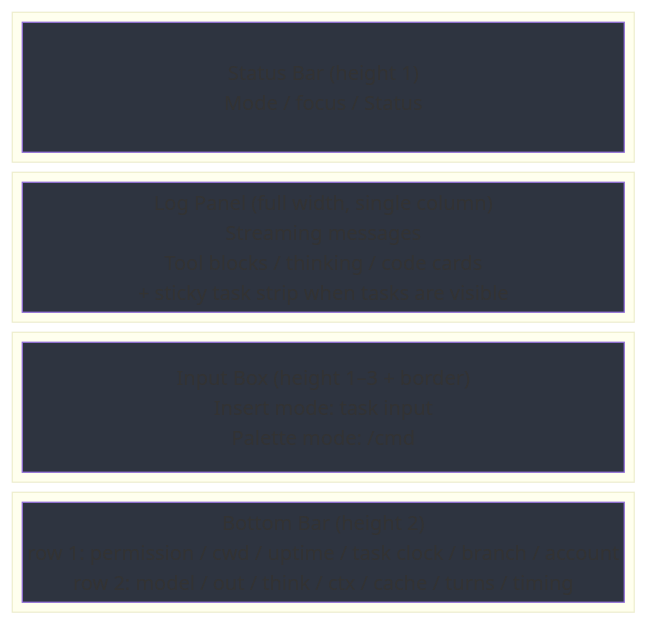
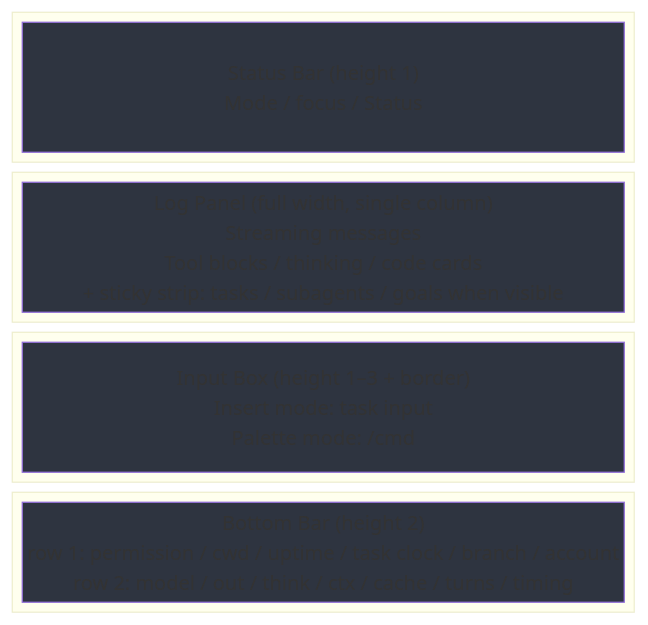
Before and after one commit to rust-infra/tact: the sixth of 10 diagrams in ARCHITECTURE.md, drawn with Mermaid. The commit also changed other lines of this file and 241 other files, not shown here.

````diff
--- a/ARCHITECTURE.md
+++ b/ARCHITECTURE.md
@@ -391,27 +392,27 @@
 ```mermaid
 block-beta
     columns 1
     space
     block:status
         columns 1
         status_bar["Status Bar (height 1)<br/>Mode / focus / Status"]
     end
     block:main
         columns 1
-        log["Log Panel (full width, single column)<br/>Streaming messages<br/>Tool blocks / thinking / code cards<br/>+ sticky task strip when tasks are visible"]
+        log["Log Panel (full width, single column)<br/>Streaming messages<br/>Tool blocks / thinking / code cards<br/>+ sticky strip: tasks / subagents / goals when visible"]
     end
     block:input
         columns 1
         input_box["Input Box (height 1–3 + border)<br/>Insert mode: task input<br/>Palette mode: /cmd"]
     end
     block:bottom
         columns 1
         bottom_bar["Bottom Bar (height 2)<br/>row 1: permission / cwd / uptime / task clock / branch / account<br/>row 2: model / out / think / ctx / cache / turns / timing"]
     end
     space
 
     style status_bar fill:#2e3440,color:#eceff4
     style log fill:#2e3440,color:#eceff4
     style input_box fill:#2e3440,color:#eceff4
     style bottom_bar fill:#2e3440,color:#eceff4
 ```
````
